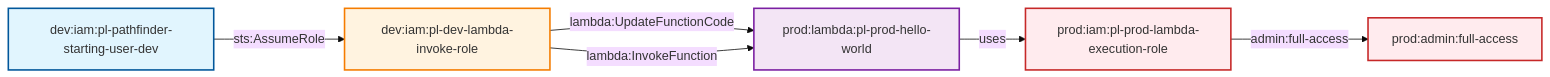
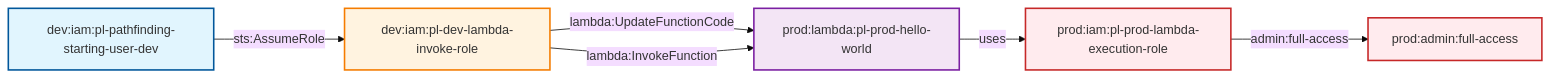
Before and after one commit to DataDog/pathfinding-labs: the diagram in modules/scenarios/cross-account/dev-to-prod/multi-hop/lambda-invoke-update/README.md, drawn with Mermaid (base theme). The commit also changed other lines of this file and 67 other files, not shown here.

First line of the commit message:
Rename project from pathfinder-labs to pathfinding-labs

````diff
--- a/modules/scenarios/cross-account/dev-to-prod/multi-hop/lambda-invoke-update/README.md
+++ b/modules/scenarios/cross-account/dev-to-prod/multi-hop/lambda-invoke-update/README.md
@@ -18,28 +18,28 @@
 ```mermaid
 graph LR
     %% Nodes
-    DevUser[dev:iam:pl-pathfinder-starting-user-dev]
+    DevUser[dev:iam:pl-pathfinding-starting-user-dev]
     DevRole[dev:iam:pl-dev-lambda-invoke-role]
     ProdLambda[prod:lambda:pl-prod-hello-world]
     LambdaRole[prod:iam:pl-prod-lambda-execution-role]
     AdminAccess[prod:admin:full-access]
     
     %% Edges
     DevUser -->|sts:AssumeRole| DevRole
     DevRole -->|lambda:UpdateFunctionCode| ProdLambda
     DevRole -->|lambda:InvokeFunction| ProdLambda
     ProdLambda -->|uses| LambdaRole
     LambdaRole -->|admin:full-access| AdminAccess
     
     %% Styling
     classDef userNode fill:#e1f5fe,stroke:#01579b,stroke-width:2px
     classDef roleNode fill:#fff3e0,stroke:#f57c00,stroke-width:2px
     classDef lambdaNode fill:#f3e5f5,stroke:#7b1fa2,stroke-width:2px
     classDef adminNode fill:#ffebee,stroke:#c62828,stroke-width:2px
     
     class DevUser userNode
     class DevRole roleNode
     class ProdLambda lambdaNode
     class LambdaRole adminNode
     class AdminAccess adminNode
 ```
````
